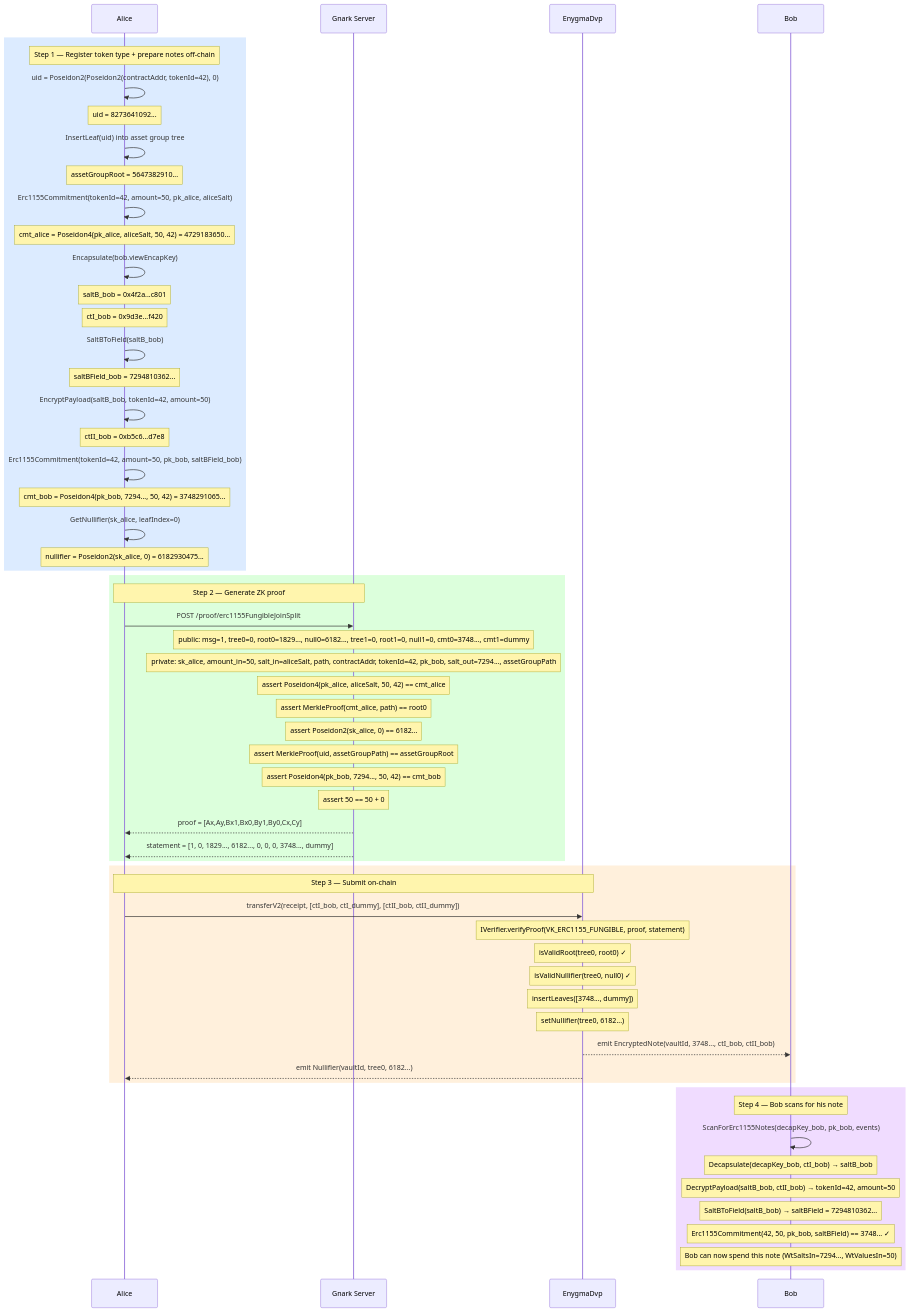
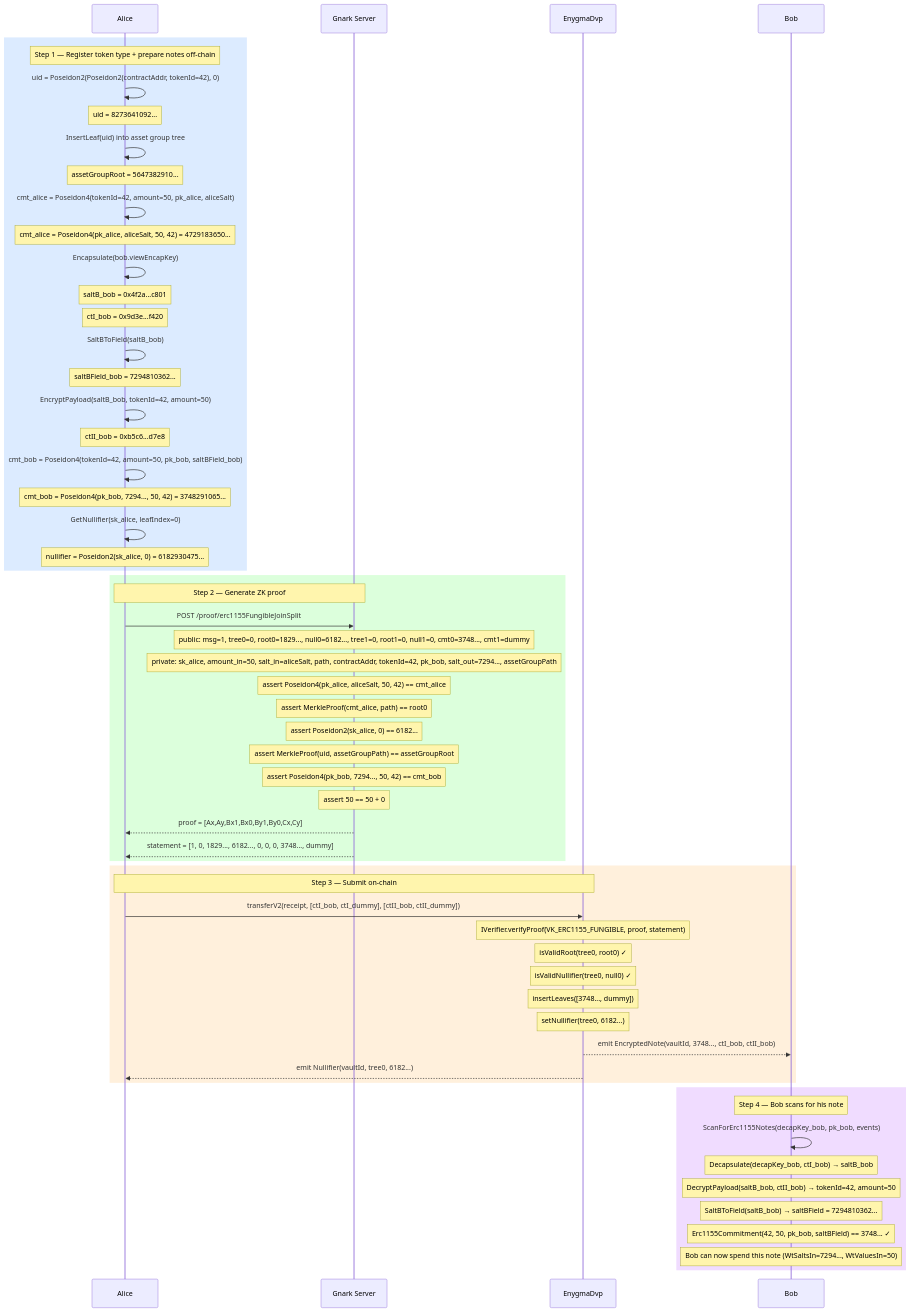
One commit to yaksetig/Enygma changed the diagram in enygma_dvp/docs/flows/07_transfer_erc1155_fungible.md. Above: the diagram before and after it, drawn with Mermaid. The commit also changed other lines of this file and 7 other files, not shown here.

````diff
--- a/enygma_dvp/docs/flows/07_transfer_erc1155_fungible.md
+++ b/enygma_dvp/docs/flows/07_transfer_erc1155_fungible.md
@@ -91,74 +91,74 @@
 ```mermaid
 sequenceDiagram
     participant Alice
     participant Gnark as Gnark Server
     participant DVP as EnygmaDvp
     participant Bob
 
     rect rgb(220, 235, 255)
         Note over Alice: Step 1 — Register token type + prepare notes off-chain
 
         Alice->>Alice: uid = Poseidon2(Poseidon2(contractAddr, tokenId=42), 0)
         Note over Alice: uid = 8273641092...
         Alice->>Alice: InsertLeaf(uid) into asset group tree
         Note over Alice: assetGroupRoot = 5647382910...
 
-        Alice->>Alice: Erc1155Commitment(tokenId=42, amount=50, pk_alice, aliceSalt)
+        Alice->>Alice: cmt_alice = Poseidon4(tokenId=42, amount=50, pk_alice, aliceSalt)
         Note over Alice: cmt_alice = Poseidon4(pk_alice, aliceSalt, 50, 42) = 4729183650...
 
         Alice->>Alice: Encapsulate(bob.viewEncapKey)
         Note over Alice: saltB_bob = 0x4f2a...c801
         Note over Alice: ctI_bob   = 0x9d3e...f420
         Alice->>Alice: SaltBToField(saltB_bob)
         Note over Alice: saltBField_bob = 7294810362...
         Alice->>Alice: EncryptPayload(saltB_bob, tokenId=42, amount=50)
         Note over Alice: ctII_bob = 0xb5c6...d7e8
-        Alice->>Alice: Erc1155Commitment(tokenId=42, amount=50, pk_bob, saltBField_bob)
+        Alice->>Alice: cmt_bob = Poseidon4(tokenId=42, amount=50, pk_bob, saltBField_bob)
         Note over Alice: cmt_bob = Poseidon4(pk_bob, 7294..., 50, 42) = 3748291065...
 
         Alice->>Alice: GetNullifier(sk_alice, leafIndex=0)
         Note over Alice: nullifier = Poseidon2(sk_alice, 0) = 6182930475...
     end
 
     rect rgb(220, 255, 220)
         Note over Alice,Gnark: Step 2 — Generate ZK proof
 
         Alice->>Gnark: POST /proof/erc1155FungibleJoinSplit
         Note over Gnark: public: msg=1, tree0=0, root0=1829..., null0=6182..., tree1=0, root1=0, null1=0, cmt0=3748..., cmt1=dummy
         Note over Gnark: private: sk_alice, amount_in=50, salt_in=aliceSalt, path, contractAddr, tokenId=42, pk_bob, salt_out=7294..., assetGroupPath
         Note over Gnark: assert Poseidon4(pk_alice, aliceSalt, 50, 42) == cmt_alice
         Note over Gnark: assert MerkleProof(cmt_alice, path) == root0
         Note over Gnark: assert Poseidon2(sk_alice, 0) == 6182...
         Note over Gnark: assert MerkleProof(uid, assetGroupPath) == assetGroupRoot
         Note over Gnark: assert Poseidon4(pk_bob, 7294..., 50, 42) == cmt_bob
         Note over Gnark: assert 50 == 50 + 0
 
         Gnark-->>Alice: proof = [Ax,Ay,Bx1,Bx0,By1,By0,Cx,Cy]
         Gnark-->>Alice: statement = [1, 0, 1829..., 6182..., 0, 0, 0, 3748..., dummy]
     end
 
     rect rgb(255, 240, 220)
         Note over Alice,DVP: Step 3 — Submit on-chain
 
         Alice->>DVP: transferV2(receipt, [ctI_bob, ctI_dummy], [ctII_bob, ctII_dummy])
         Note over DVP: IVerifier.verifyProof(VK_ERC1155_FUNGIBLE, proof, statement)
         Note over DVP: isValidRoot(tree0, root0) ✓
         Note over DVP: isValidNullifier(tree0, null0) ✓
         Note over DVP: insertLeaves([3748..., dummy])
         Note over DVP: setNullifier(tree0, 6182...)
 
         DVP-->>Bob: emit EncryptedNote(vaultId, 3748..., ctI_bob, ctII_bob)
         DVP-->>Alice: emit Nullifier(vaultId, tree0, 6182...)
     end
 
     rect rgb(240, 220, 255)
         Note over Bob: Step 4 — Bob scans for his note
 
         Bob->>Bob: ScanForErc1155Notes(decapKey_bob, pk_bob, events)
         Note over Bob: Decapsulate(decapKey_bob, ctI_bob) → saltB_bob
         Note over Bob: DecryptPayload(saltB_bob, ctII_bob) → tokenId=42, amount=50
         Note over Bob: SaltBToField(saltB_bob) → saltBField = 7294810362...
         Note over Bob: Erc1155Commitment(42, 50, pk_bob, saltBField) == 3748... ✓
         Note over Bob: Bob can now spend this note (WtSaltsIn=7294..., WtValuesIn=50)
     end
 ```
````
